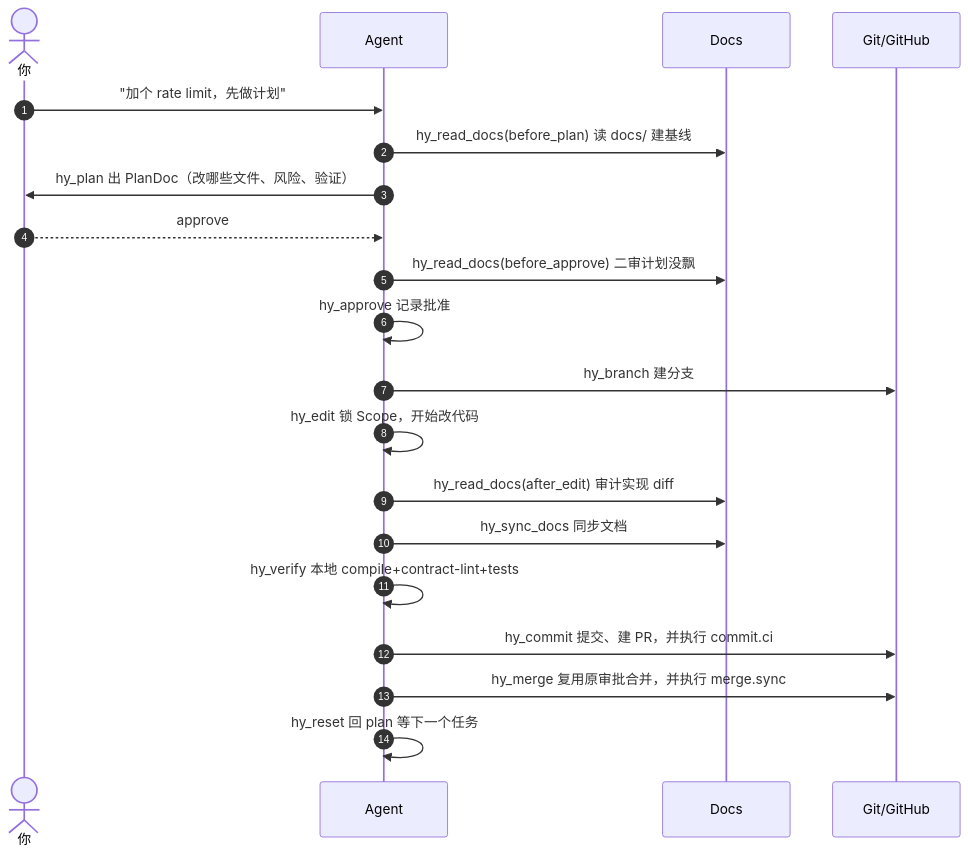
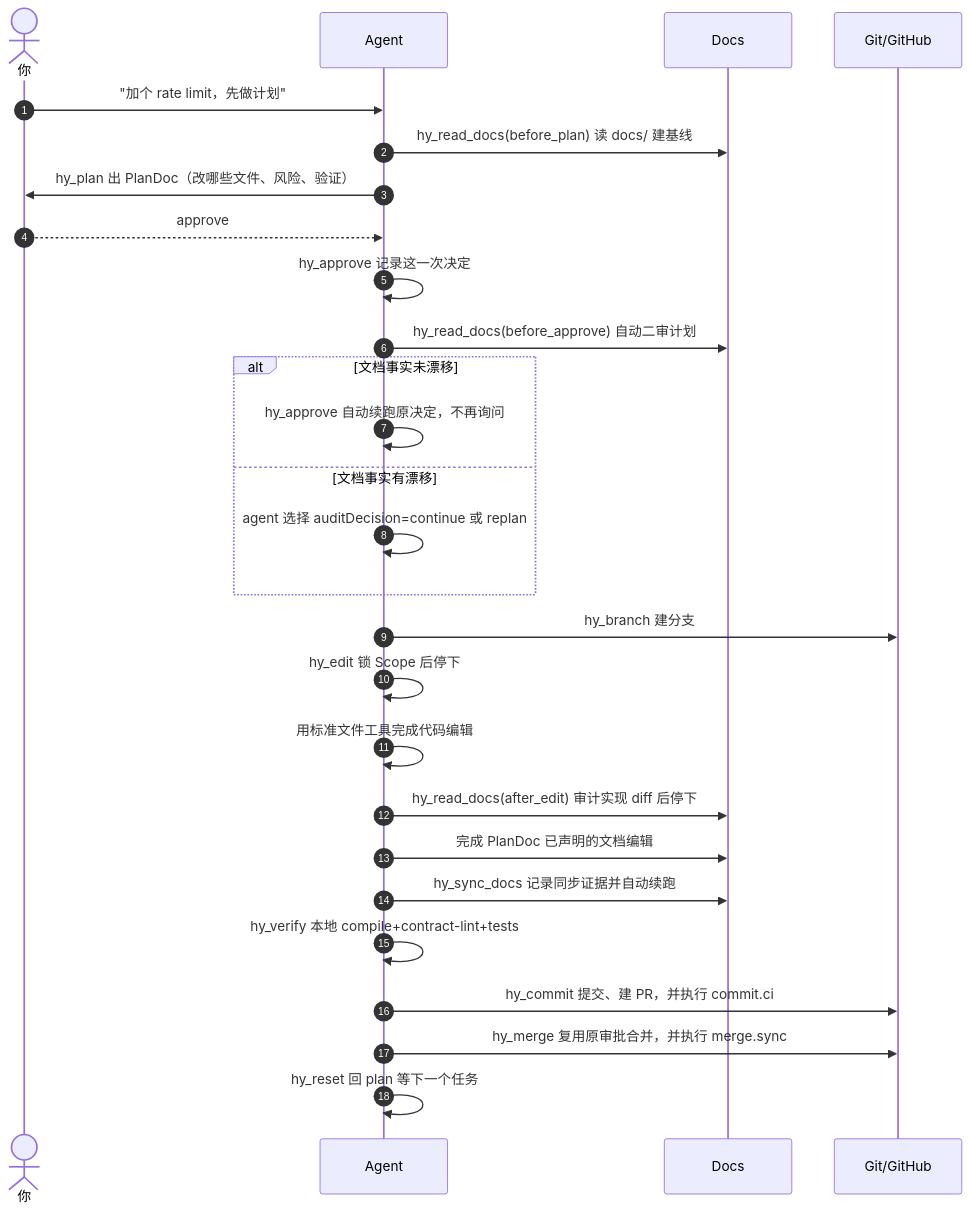
One commit to voxServalG/hy-workflow-mcp changed the diagram in README.md. Above: the diagram before and after it, drawn with Mermaid. The commit also changed other lines of this file and 78 other files, not shown here.

````diff
--- a/README.md
+++ b/README.md
@@ -106,23 +106,30 @@
 ```mermaid
 sequenceDiagram
     autonumber
     actor U as 你
     participant A as Agent
     participant D as Docs
     participant G as Git/GitHub
 
     U->>A: "加个 rate limit，先做计划"
     A->>D: hy_read_docs(before_plan) 读 docs/ 建基线
     A->>U: hy_plan 出 PlanDoc（改哪些文件、风险、验证）
     U-->>A: approve
-    A->>D: hy_read_docs(before_approve) 二审计划没飘
-    A->>A: hy_approve 记录批准
+    A->>A: hy_approve 记录这一次决定
+    A->>D: hy_read_docs(before_approve) 自动二审计划
+    alt 文档事实未漂移
+        A->>A: hy_approve 自动续跑原决定，不再询问
+    else 文档事实有漂移
+        A->>A: agent 选择 auditDecision=continue 或 replan
+    end
     A->>G: hy_branch 建分支
-    A->>A: hy_edit 锁 Scope，开始改代码
-    A->>D: hy_read_docs(after_edit) 审计实现 diff
-    A->>D: hy_sync_docs 同步文档
+    A->>A: hy_edit 锁 Scope 后停下
+    A->>A: 用标准文件工具完成代码编辑
+    A->>D: hy_read_docs(after_edit) 审计实现 diff 后停下
+    A->>D: 完成 PlanDoc 已声明的文档编辑
+    A->>D: hy_sync_docs 记录同步证据并自动续跑
     A->>A: hy_verify 本地 compile+contract-lint+tests
     A->>G: hy_commit 提交、建 PR，并执行 commit.ci
     A->>G: hy_merge 复用原审批合并，并执行 merge.sync
     A->>A: hy_reset 回 plan 等下一个任务
 ```
````
